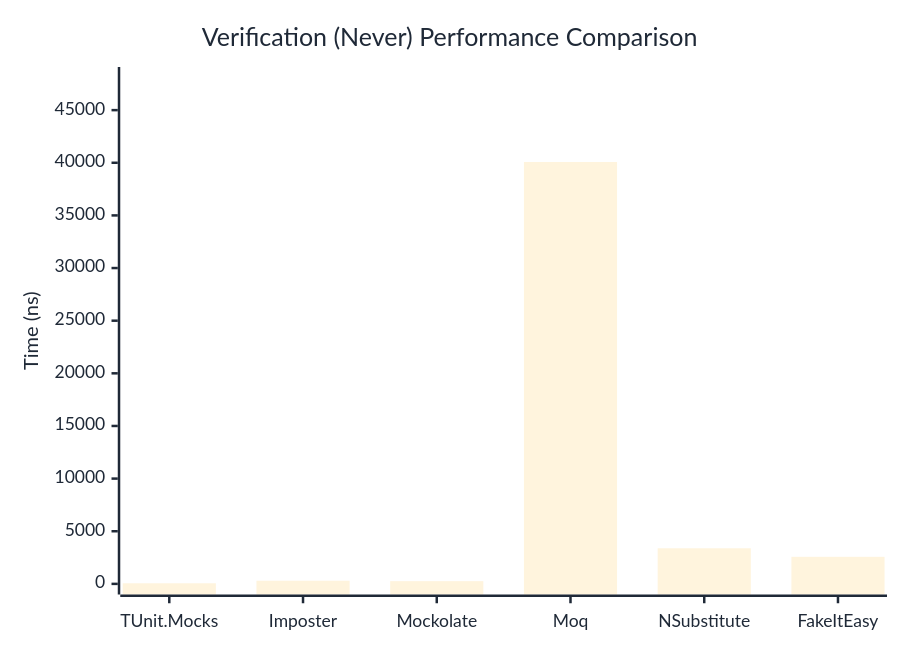
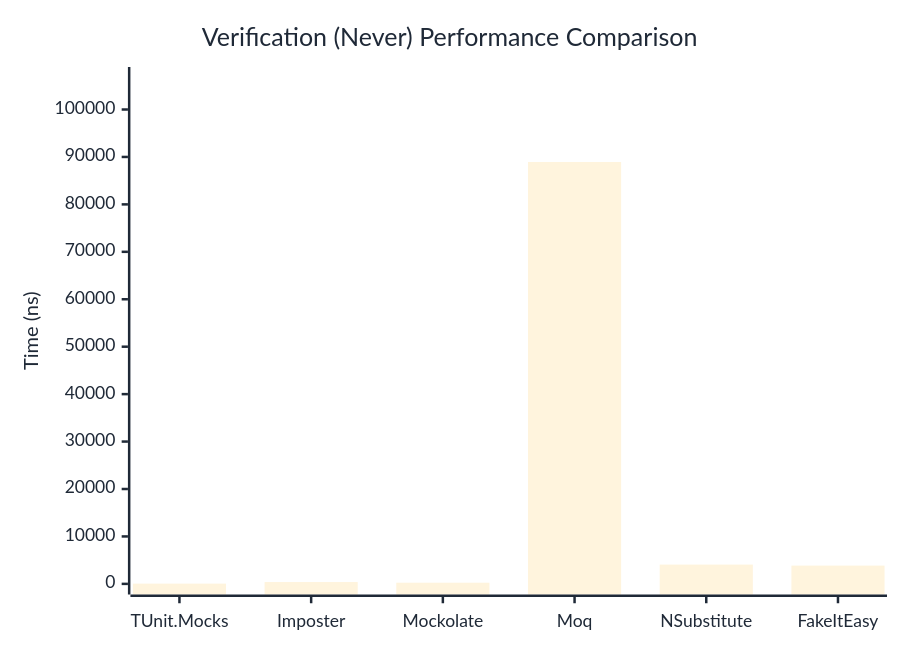
One commit to thomhurst/TUnit changed the second of 3 diagrams in docs/docs/benchmarks/mocks/Verification.md. Above: the diagram before and after it, drawn with Mermaid. The commit also changed other lines of this file and 14 other files, not shown here.

````diff
--- a/docs/docs/benchmarks/mocks/Verification.md
+++ b/docs/docs/benchmarks/mocks/Verification.md
@@ -71,27 +71,27 @@
 ```mermaid
 %%{init: {
   'theme':'base',
   'themeVariables': {
     'primaryColor': '#2563eb',
     'primaryTextColor': '#1f2937',
     'primaryBorderColor': '#1e40af',
     'lineColor': '#6b7280',
     'secondaryColor': '#7c3aed',
     'tertiaryColor': '#dc2626',
     'background': '#ffffff',
     'pie1': '#2563eb',
     'pie2': '#7c3aed',
     'pie3': '#dc2626',
     'pie4': '#f59e0b',
     'pie5': '#10b981',
     'pie6': '#06b6d4',
     'pie7': '#ec4899',
     'pie8': '#6366f1'
   }
 }}%%
 xychart-beta
   title "Verification (Never) Performance Comparison"
   x-axis ["TUnit.Mocks", "Imposter", "Mockolate", "Moq", "NSubstitute", "FakeItEasy"]
-  y-axis "Time (ns)" 0 --> 48088
-  bar [58.03, 299.52, 258.65, 40073.15, 3381.6, 2571.21]
+  y-axis "Time (ns)" 0 --> 106721
+  bar [54, 382.61, 249.88, 88933.39, 4065.7, 3852.88]
 ```
````
